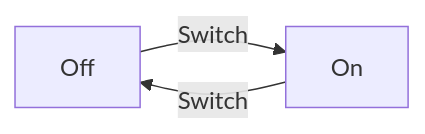
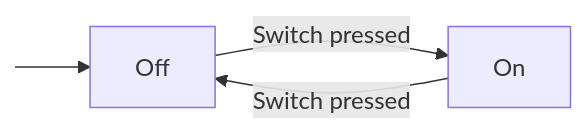
One commit to emmby/statesmith-simplified changed the first of 2 diagrams in docs/languages/javascript.md. Above: the diagram before and after it, drawn with Mermaid. The commit also changed other lines of this file, not shown here.

````diff
--- a/docs/languages/javascript.md
+++ b/docs/languages/javascript.md
@@ -9,5 +9,7 @@
 ```mermaid
 flowchart LR
-Off -- Switch --> On 
-On -- Switch --> Off 
+  Start:::hidden --> Off
+  Off -- Switch pressed --> On 
+  On -- Switch pressed --> Off
+  classDef hidden display: none;
 ```
````
